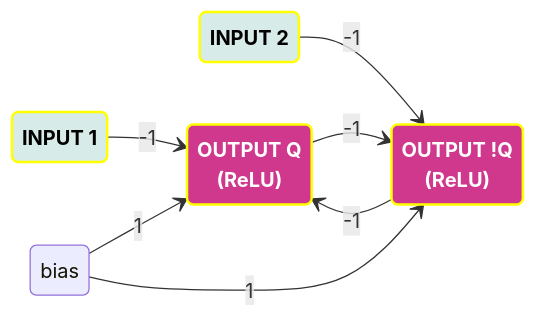
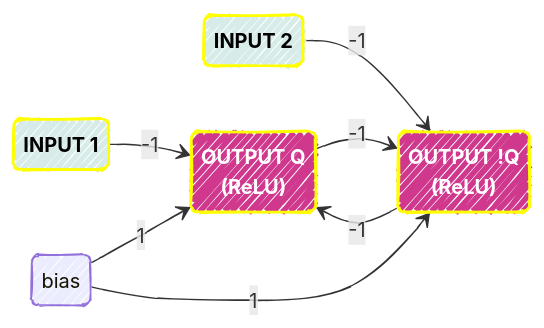
One commit to GrgoMariani/mmnnrust changed the third of 3 diagrams in README.md. Above: the diagram before and after it, drawn with Mermaid. The commit also changed other lines of this file, not shown here.

Commit message:
add handdrawn look to mermaid graphs

````diff
--- a/README.md
+++ b/README.md
@@ -179,23 +188,27 @@
 ```mermaid
+---
+config:
+  look: handDrawn
+---
 stateDiagram-v2
 direction LR
 classDef inputNeuron fill:#d7ece9,color:#000,font-weight:bold,stroke-width:2px,stroke:yellow
 classDef outputNeuron fill:#cf388d,color:white,font-weight:bold,stroke-width:2px,stroke:yellow
 state "INPUT 1" as i1
 state "INPUT 2" as i2
 state "OUTPUT Q
 (ReLU)" as o1
 state "OUTPUT !Q
 (ReLU)" as o2
 state "bias" as b
     i1 --> o1: -1
     i2 --> o2: -1
     o1 --> o2: -1
     o2 --> o1: -1
     b --> o1: 1
     b --> o2: 1
 class i1 inputNeuron
 class i2 inputNeuron
 class o1 outputNeuron
 class o2 outputNeuron
 ```
````
